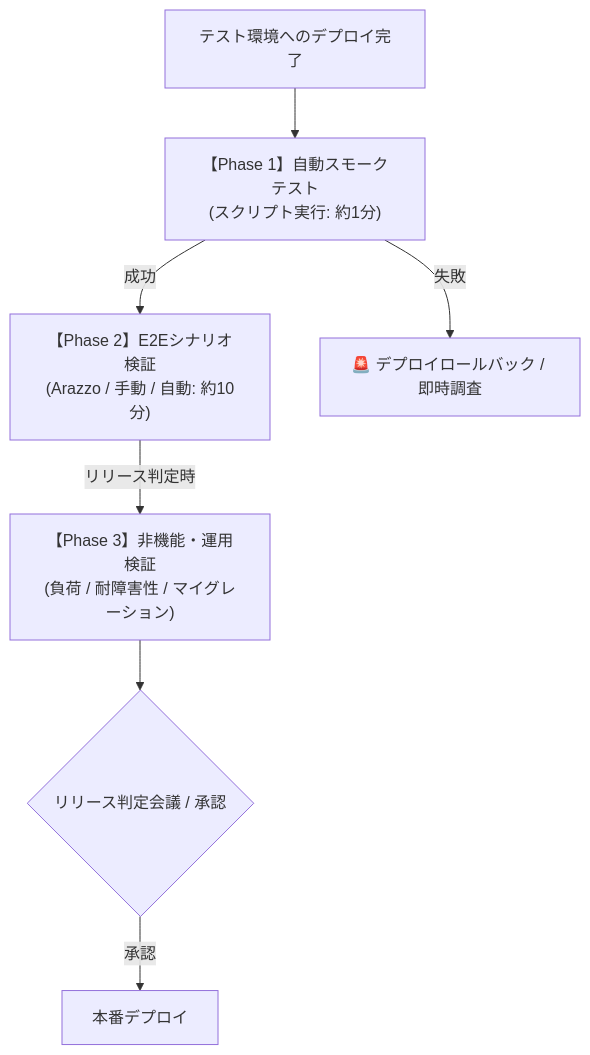
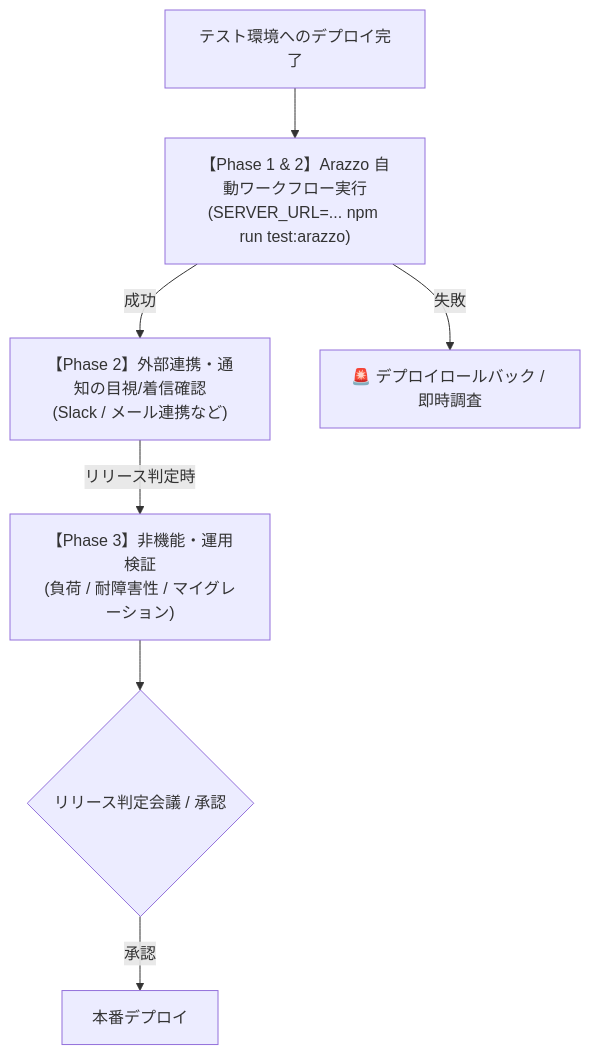
Before and after one commit to tom009924/sandbox: the diagram in docs/testing/test-environment-specification.md, drawn with Mermaid. The commit also changed other lines of this file and 1 other file, not shown here.

First line of the commit message:
docs: establish Arazzo workflow testing as primary runner for test environments

````diff
--- a/docs/testing/test-environment-specification.md
+++ b/docs/testing/test-environment-specification.md
@@ -11,9 +12,9 @@
 ```mermaid
 flowchart TD
-    Deploy["テスト環境へのデプロイ完了"] --> Phase1["【Phase 1】自動スモークテスト\n(スクリプト実行: 約1分)"]
-    Phase1 -->|成功| Phase2["【Phase 2】E2Eシナリオ検証\n(Arazzo / 手動 / 自動: 約10分)"]
+    Deploy["テスト環境へのデプロイ完了"] --> Phase1["【Phase 1 & 2】Arazzo 自動ワークフロー実行\n(SERVER_URL=... npm run test:arazzo)"]
+    Phase1 -->|成功| Phase2Manual["【Phase 2】外部連携・通知の目視/着信確認\n(Slack / メール連携など)"]
     Phase1 -->|失敗| Alert1["🚨 デプロイロールバック / 即時調査"]
-    Phase2 -->|リリース判定時| Phase3["【Phase 3】非機能・運用検証\n(負荷 / 耐障害性 / マイグレーション)"]
+    Phase2Manual -->|リリース判定時| Phase3["【Phase 3】非機能・運用検証\n(負荷 / 耐障害性 / マイグレーション)"]
     Phase3 --> ReleaseGate{"リリース判定会議 / 承認"}
     ReleaseGate -->|承認| ProdDeploy["本番デプロイ"]
 ```
````
